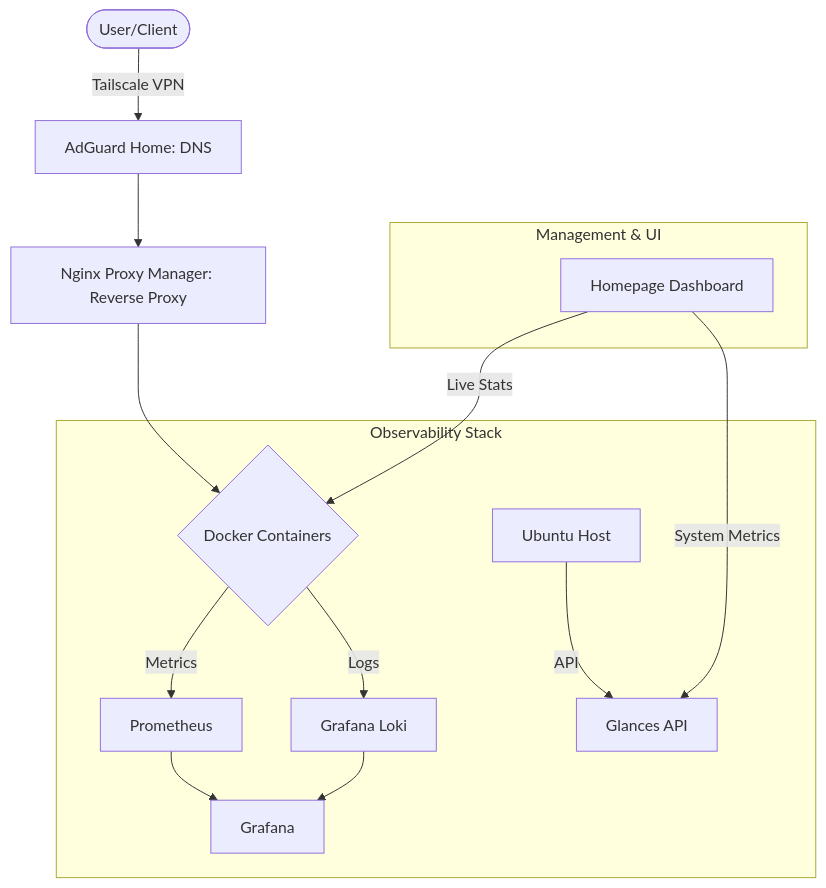
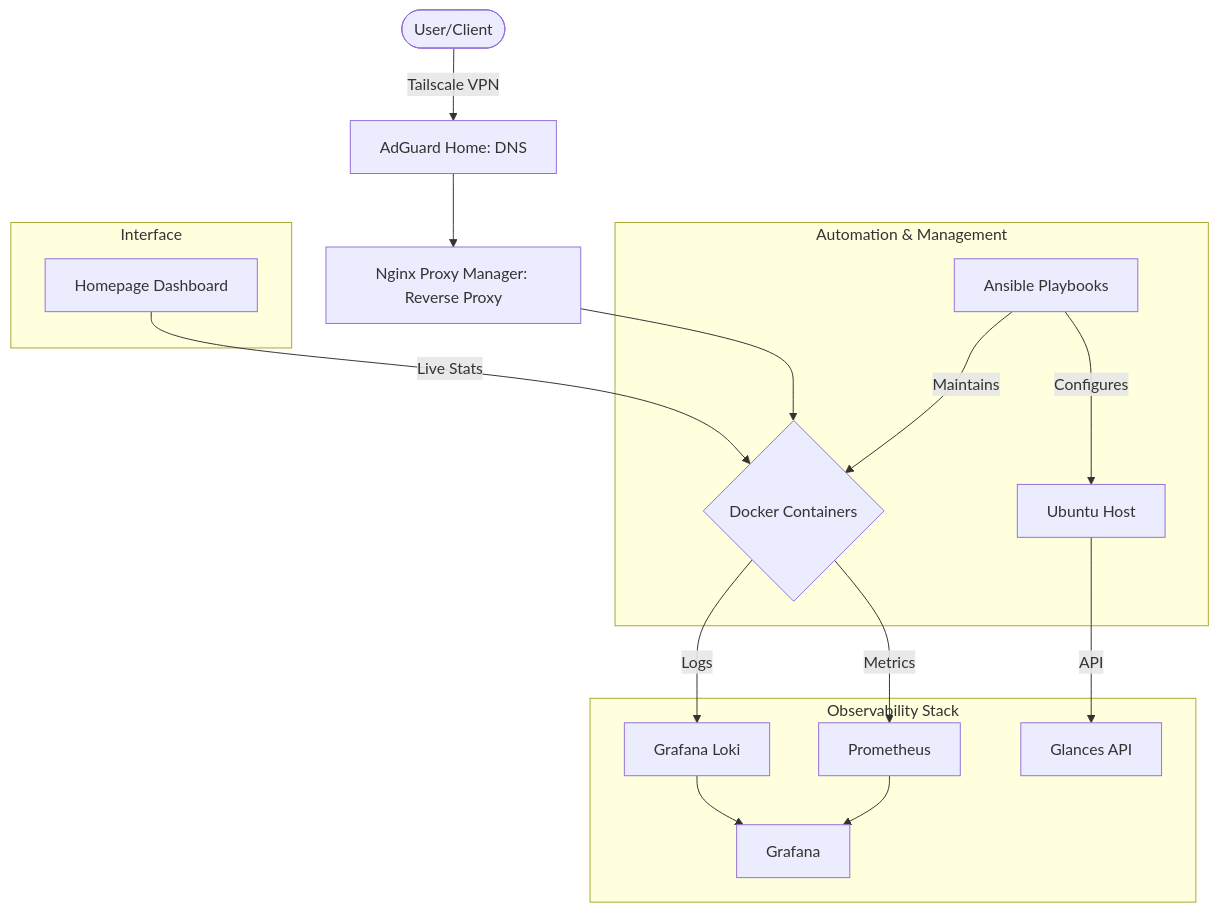
The diagram in README.md (tomasz-katana/homelab-ops), drawn with Mermaid before and after one commit.

Commit message:
docs: clean up maintenance section and add ansible workflow

````diff
--- a/README.md
+++ b/README.md
@@ -7,20 +7,24 @@
 ```mermaid
 graph TD
+    subgraph "Automation & Management"
+        Ansible[Ansible Playbooks] -->|Configures| Host[Ubuntu Host]
+        Ansible -->|Maintains| Services{Docker Containers}
+    end
+
     User([User/Client]) -->|Tailscale VPN| AdGuard[AdGuard Home: DNS]
     AdGuard --> NPM[Nginx Proxy Manager: Reverse Proxy]
-    NPM --> Services{Docker Containers}
+    NPM --> Services
     
     subgraph "Observability Stack"
         Services -->|Metrics| Prom[Prometheus]
         Services -->|Logs| Loki[Grafana Loki]
-        Host[Ubuntu Host] -->|API| Glances[Glances API]
+        Host -->|API| Glances[Glances API]
         Prom --> Grafana[Grafana]
         Loki --> Grafana
     end
     
-    subgraph "Management & UI"
+    subgraph "Interface"
         Homepage[Homepage Dashboard]
         Homepage -->|Live Stats| Services
-        Homepage -->|System Metrics| Glances
     end
 ```
````
